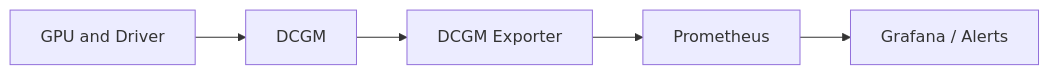
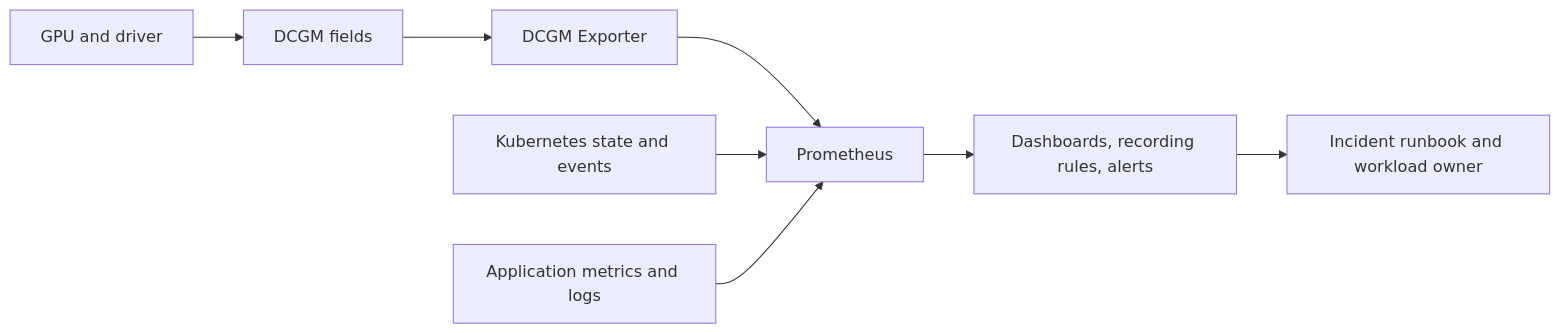
One commit to jithinpnjm/nvidia-devops changed the diagram in docs/nvidia-zero-to-hero/volume-10/chapter-09-gpu-observability-with-dcgm.md. Above: the diagram before and after it, drawn with Mermaid. The commit also changed other lines of this file and 3 other files, not shown here.

````diff
--- a/docs/nvidia-zero-to-hero/volume-10/chapter-09-gpu-observability-with-dcgm.md
+++ b/docs/nvidia-zero-to-hero/volume-10/chapter-09-gpu-observability-with-dcgm.md
@@ -18,9 +26,10 @@
 ```mermaid
 flowchart LR
-    GPU[GPU and Driver]
-    DCGM[DCGM]
-    Exporter[DCGM Exporter]
-    Prom[Prometheus]
-    Dash[Grafana / Alerts]
-    GPU --> DCGM --> Exporter --> Prom --> Dash
+    GPU[GPU and driver] --> DCGM[DCGM fields]
+    DCGM --> Exporter[DCGM Exporter]
+    Exporter --> Prom[Prometheus]
+    K8s[Kubernetes state and events] --> Prom
+    App[Application metrics and logs] --> Prom
+    Prom --> Alert[Dashboards, recording rules, alerts]
+    Alert --> Runbook[Incident runbook and workload owner]
 ```
````
